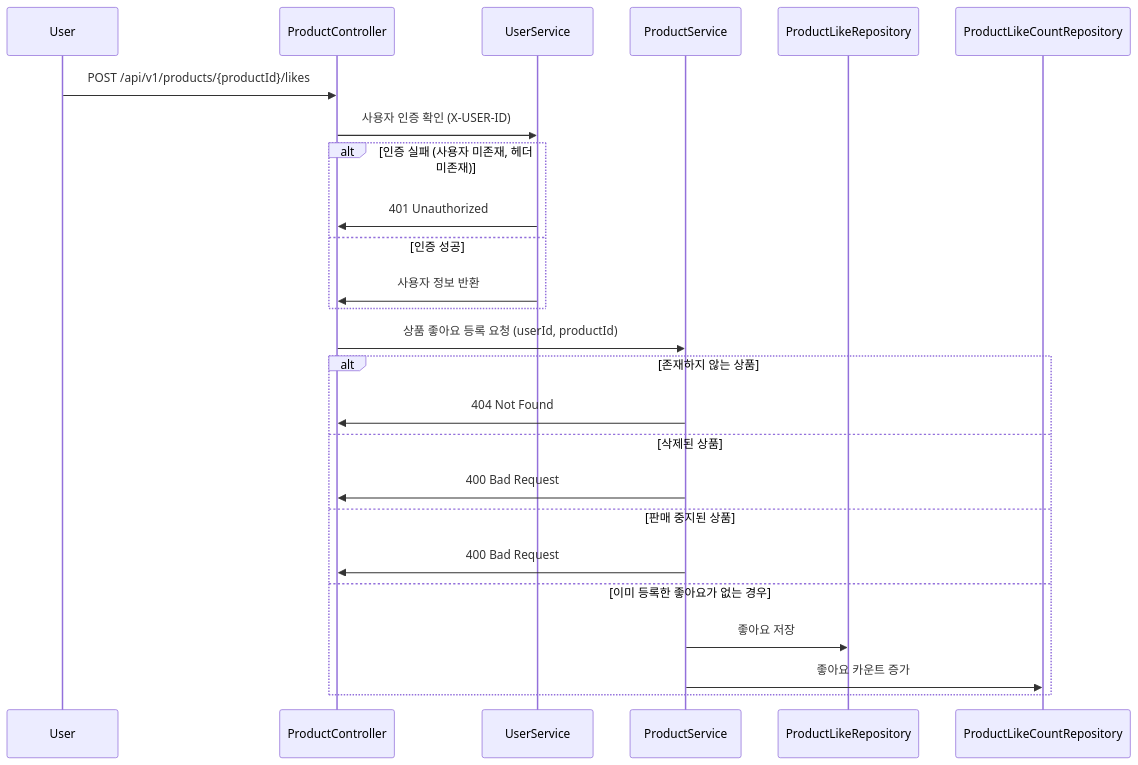
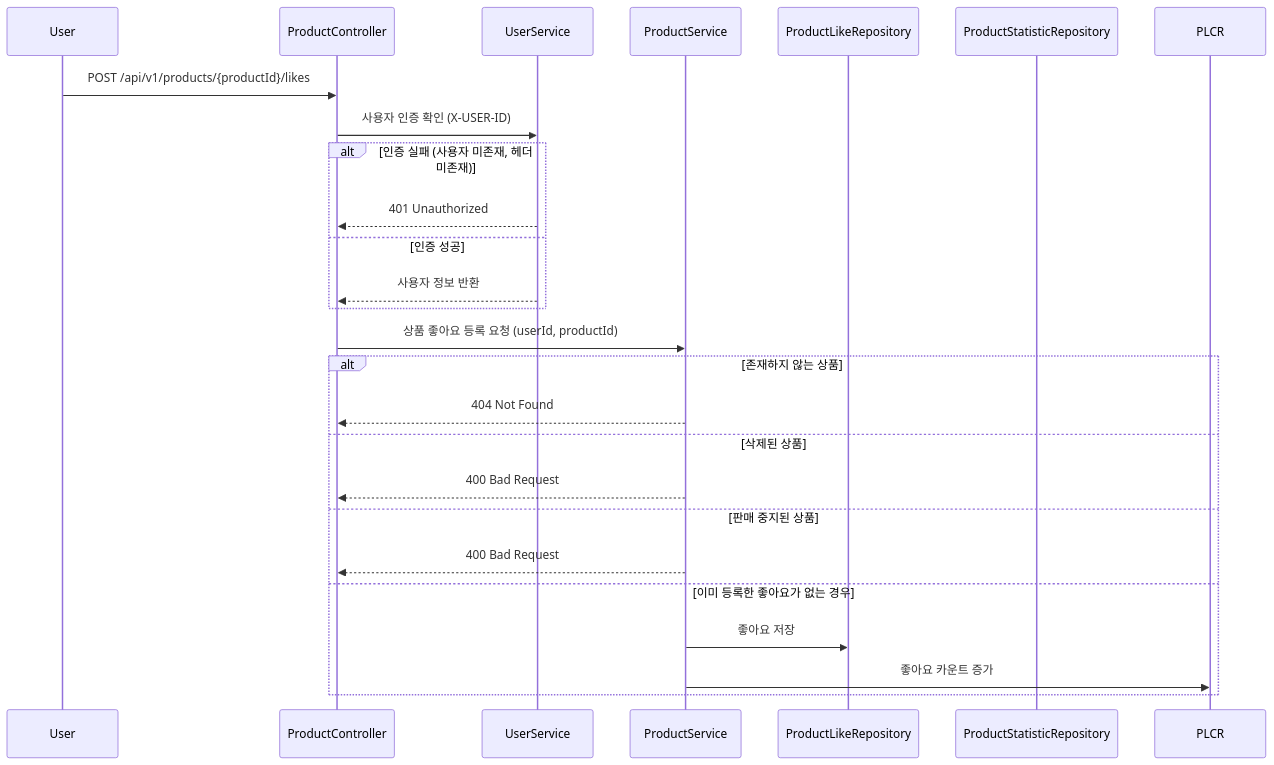
The fourth of 7 diagrams in docs/design/02-sequence-diagrams.md (DuhanMo/emotional-commerce), drawn with Mermaid before and after one commit. The commit also changed other lines of this file, not shown here.

Commit message:
fix: 시퀀스 다이어그램 반환값 점선으로 수정

````diff
--- a/docs/design/02-sequence-diagrams.md
+++ b/docs/design/02-sequence-diagrams.md
@@ -66,31 +66,31 @@
 ```mermaid
 sequenceDiagram
 	participant U as User
 	participant PC as ProductController
 	participant US as UserService
 	participant PS as ProductService
 	
 	participant PLR as ProductLikeRepository
-	participant PLCR as ProductLikeCountRepository
+	participant PSR as ProductStatisticRepository
 
 	U->>PC: POST /api/v1/products/{productId}/likes
 	
 	PC->>US: 사용자 인증 확인 (X-USER-ID)
 	alt 인증 실패 (사용자 미존재, 헤더 미존재)
-		US->>PC: 401 Unauthorized
+		US-->>PC: 401 Unauthorized
 	else 인증 성공
-		US->>PC: 사용자 정보 반환
+		US-->>PC: 사용자 정보 반환
 	end
 	
 	PC->>PS: 상품 좋아요 등록 요청 (userId, productId)
 	alt 존재하지 않는 상품
-		PS->>PC: 404 Not Found
+		PS-->>PC: 404 Not Found
 	else 삭제된 상품
-		PS->>PC: 400 Bad Request
+		PS-->>PC: 400 Bad Request
 	else 판매 중지된 상품
-		PS->>PC: 400 Bad Request
+		PS-->>PC: 400 Bad Request
 	else 이미 등록한 좋아요가 없는 경우
 		PS->>PLR: 좋아요 저장
 		PS->>PLCR: 좋아요 카운트 증가
 	end
 ```
````
